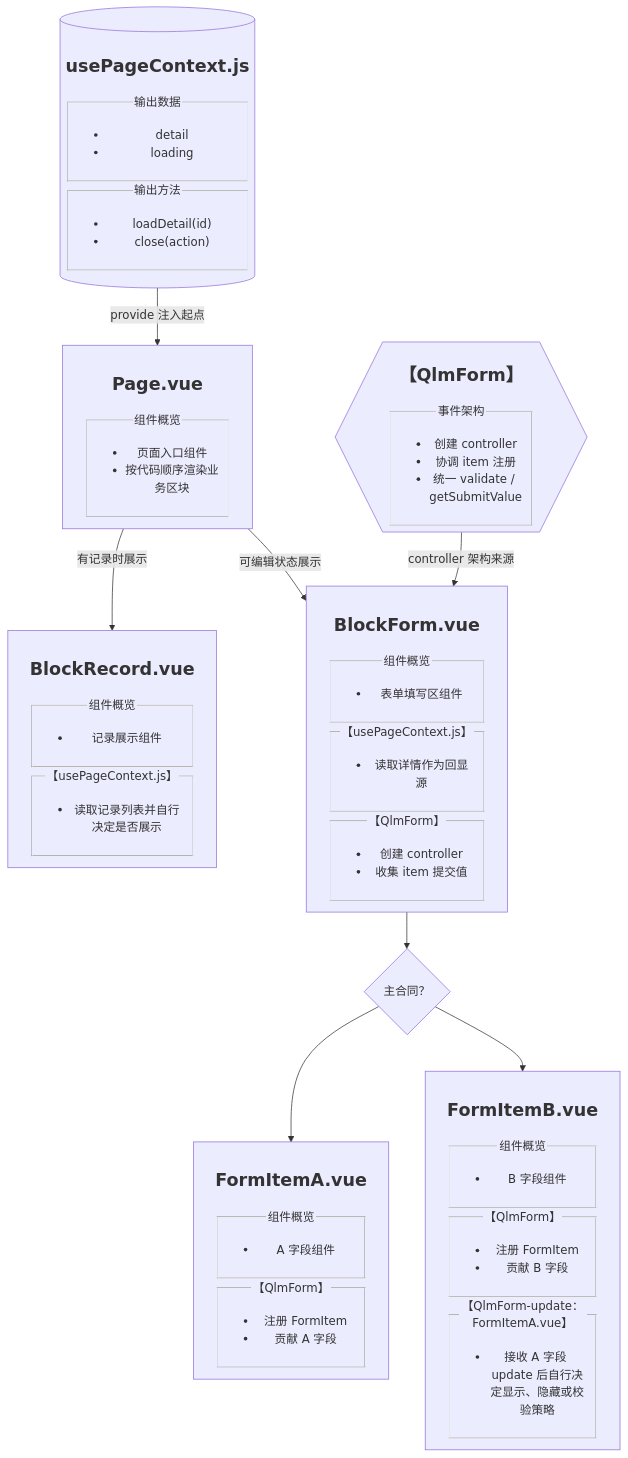
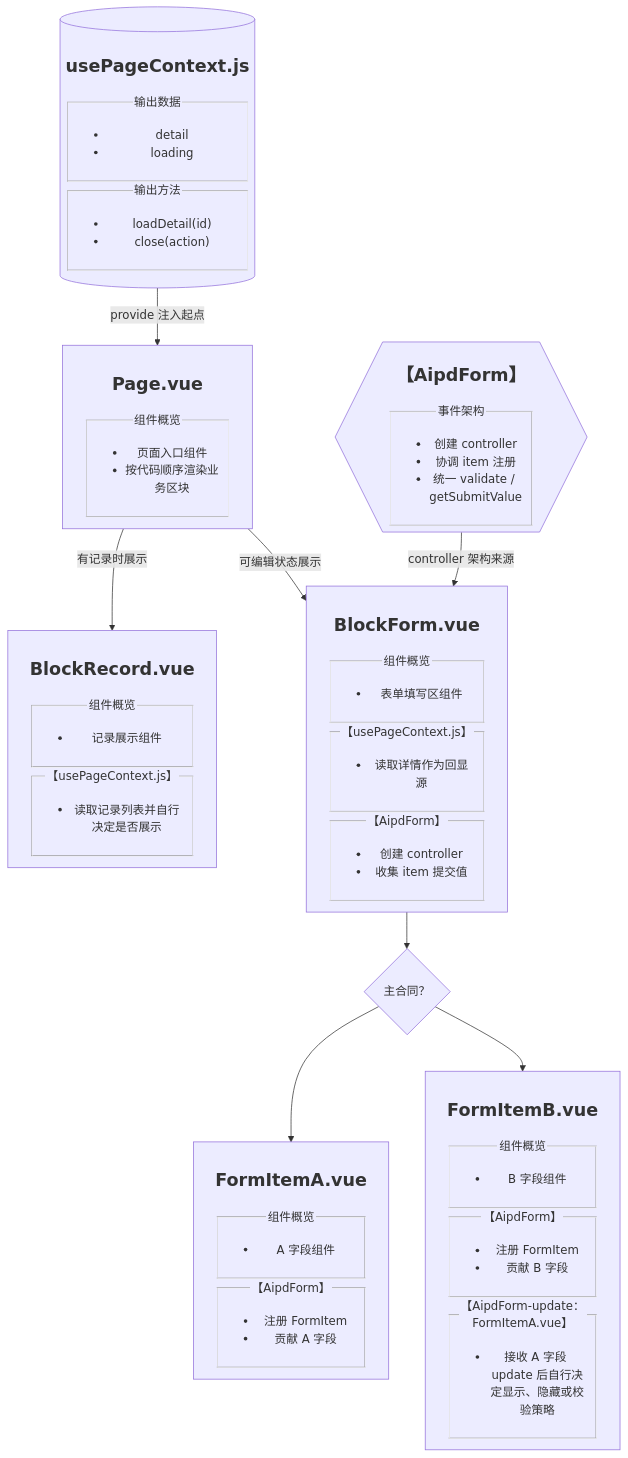
One commit to KarnaughK/AIPD changed the ninth of 9 diagrams in aipd-skill/src/core/L5-dev/vue-architecture-diagram-guide.md. Above: the diagram before and after it, drawn with Mermaid. The commit also changed other lines of this file and 63 other files, not shown here.

Commit message:
feat: publish Vue3 context-decoupling experience assets

````diff
--- a/aipd-skill/src/core/L5-dev/vue-architecture-diagram-guide.md
+++ b/aipd-skill/src/core/L5-dev/vue-architecture-diagram-guide.md
@@ -423,26 +425,26 @@
 ```mermaid
 flowchart TD
     vue_Page["<h2>Page.vue</h2><fieldset><legend>组件概览</legend><ul><li>页面入口组件</li><li>按代码顺序渲染业务区块</li></ul></fieldset>"]
 
     js_usePageContext[("<h2>usePageContext.js</h2><fieldset><legend>输出数据</legend><ul><li>detail</li><li>loading</li></ul></fieldset><fieldset><legend>输出方法</legend><ul><li>loadDetail(id)</li><li>close(action)</li></ul></fieldset>")]
 
     vue_BlockRecord["<h2>BlockRecord.vue</h2><fieldset><legend>组件概览</legend><ul><li>记录展示组件</li></ul></fieldset><fieldset><legend>【usePageContext.js】</legend><ul><li>读取记录列表并自行决定是否展示</li></ul></fieldset>"]
 
-    controller_QlmForm{{"<h2>【QlmForm】</h2><fieldset><legend>事件架构</legend><ul><li>创建 controller</li><li>协调 item 注册</li><li>统一 validate / getSubmitValue</li></ul></fieldset>"}}
+    controller_AipdForm{{"<h2>【AipdForm】</h2><fieldset><legend>事件架构</legend><ul><li>创建 controller</li><li>协调 item 注册</li><li>统一 validate / getSubmitValue</li></ul></fieldset>"}}
 
-    vue_BlockForm["<h2>BlockForm.vue</h2><fieldset><legend>组件概览</legend><ul><li>表单填写区组件</li></ul></fieldset><fieldset><legend>【usePageContext.js】</legend><ul><li>读取详情作为回显源</li></ul></fieldset><fieldset><legend>【QlmForm】</legend><ul><li>创建 controller</li><li>收集 item 提交值</li></ul></fieldset>"]
+    vue_BlockForm["<h2>BlockForm.vue</h2><fieldset><legend>组件概览</legend><ul><li>表单填写区组件</li></ul></fieldset><fieldset><legend>【usePageContext.js】</legend><ul><li>读取详情作为回显源</li></ul></fieldset><fieldset><legend>【AipdForm】</legend><ul><li>创建 controller</li><li>收集 item 提交值</li></ul></fieldset>"]
 
     judge_isMainGroup{"主合同？"}
 
-    vue_FormItemA["<h2>FormItemA.vue</h2><fieldset><legend>组件概览</legend><ul><li>A 字段组件</li></ul></fieldset><fieldset><legend>【QlmForm】</legend><ul><li>注册 FormItem</li><li>贡献 A 字段</li></ul></fieldset>"]
+    vue_FormItemA["<h2>FormItemA.vue</h2><fieldset><legend>组件概览</legend><ul><li>A 字段组件</li></ul></fieldset><fieldset><legend>【AipdForm】</legend><ul><li>注册 FormItem</li><li>贡献 A 字段</li></ul></fieldset>"]
 
-    vue_FormItemB["<h2>FormItemB.vue</h2><fieldset><legend>组件概览</legend><ul><li>B 字段组件</li></ul></fieldset><fieldset><legend>【QlmForm】</legend><ul><li>注册 FormItem</li><li>贡献 B 字段</li></ul></fieldset><fieldset><legend>【QlmForm-update：FormItemA.vue】</legend><ul><li>接收 A 字段 update 后自行决定显示、隐藏或校验策略</li></ul></fieldset>"]
+    vue_FormItemB["<h2>FormItemB.vue</h2><fieldset><legend>组件概览</legend><ul><li>B 字段组件</li></ul></fieldset><fieldset><legend>【AipdForm】</legend><ul><li>注册 FormItem</li><li>贡献 B 字段</li></ul></fieldset><fieldset><legend>【AipdForm-update：FormItemA.vue】</legend><ul><li>接收 A 字段 update 后自行决定显示、隐藏或校验策略</li></ul></fieldset>"]
 
     js_usePageContext -->|provide 注入起点| vue_Page
     vue_Page -->|有记录时展示| vue_BlockRecord
     vue_Page -->|可编辑状态展示| vue_BlockForm
-    controller_QlmForm -->|controller 架构来源| vue_BlockForm
+    controller_AipdForm -->|controller 架构来源| vue_BlockForm
     vue_BlockForm --> judge_isMainGroup
     judge_isMainGroup --> vue_FormItemA
     judge_isMainGroup --> vue_FormItemB
 ```
````
